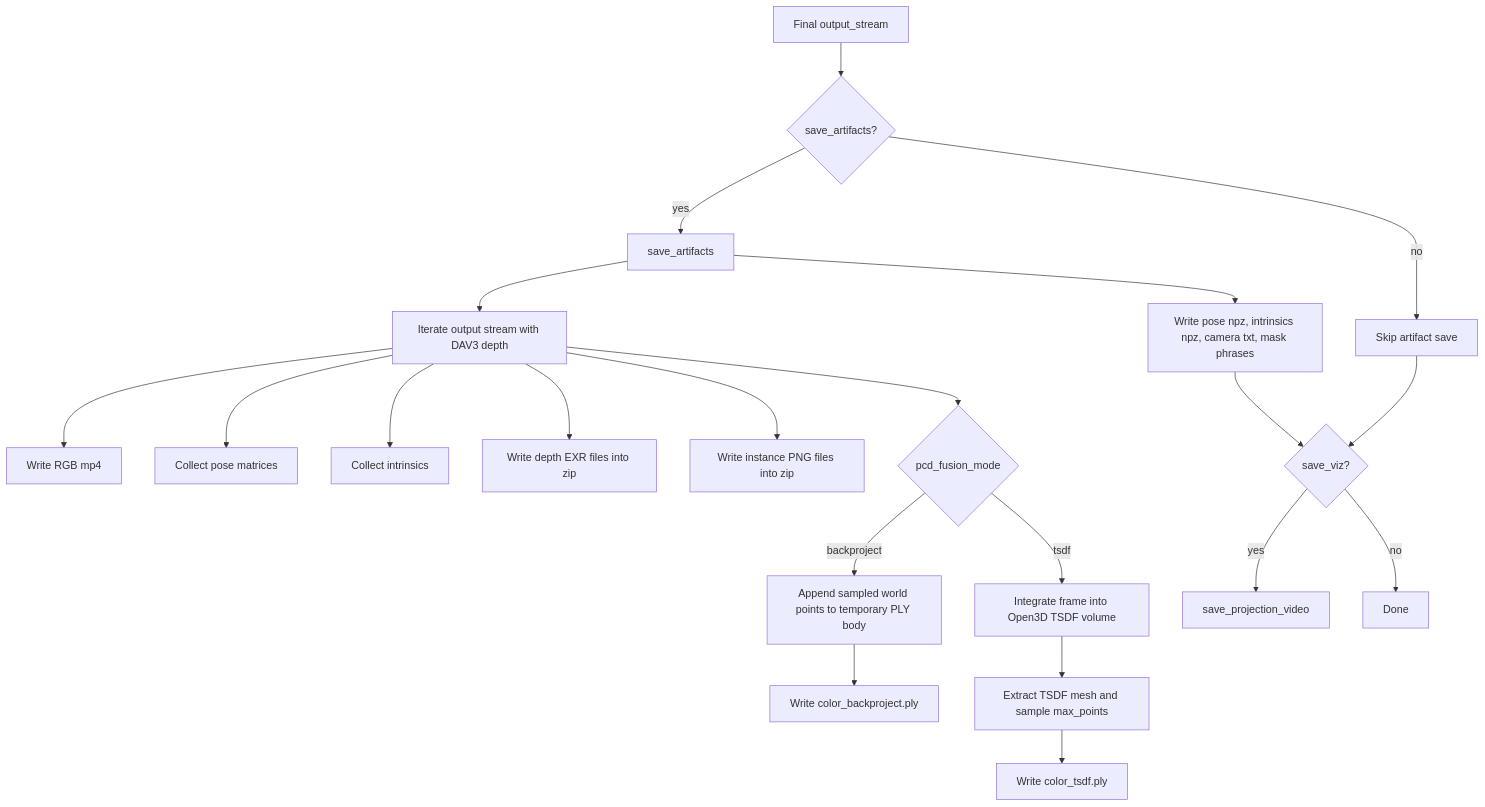
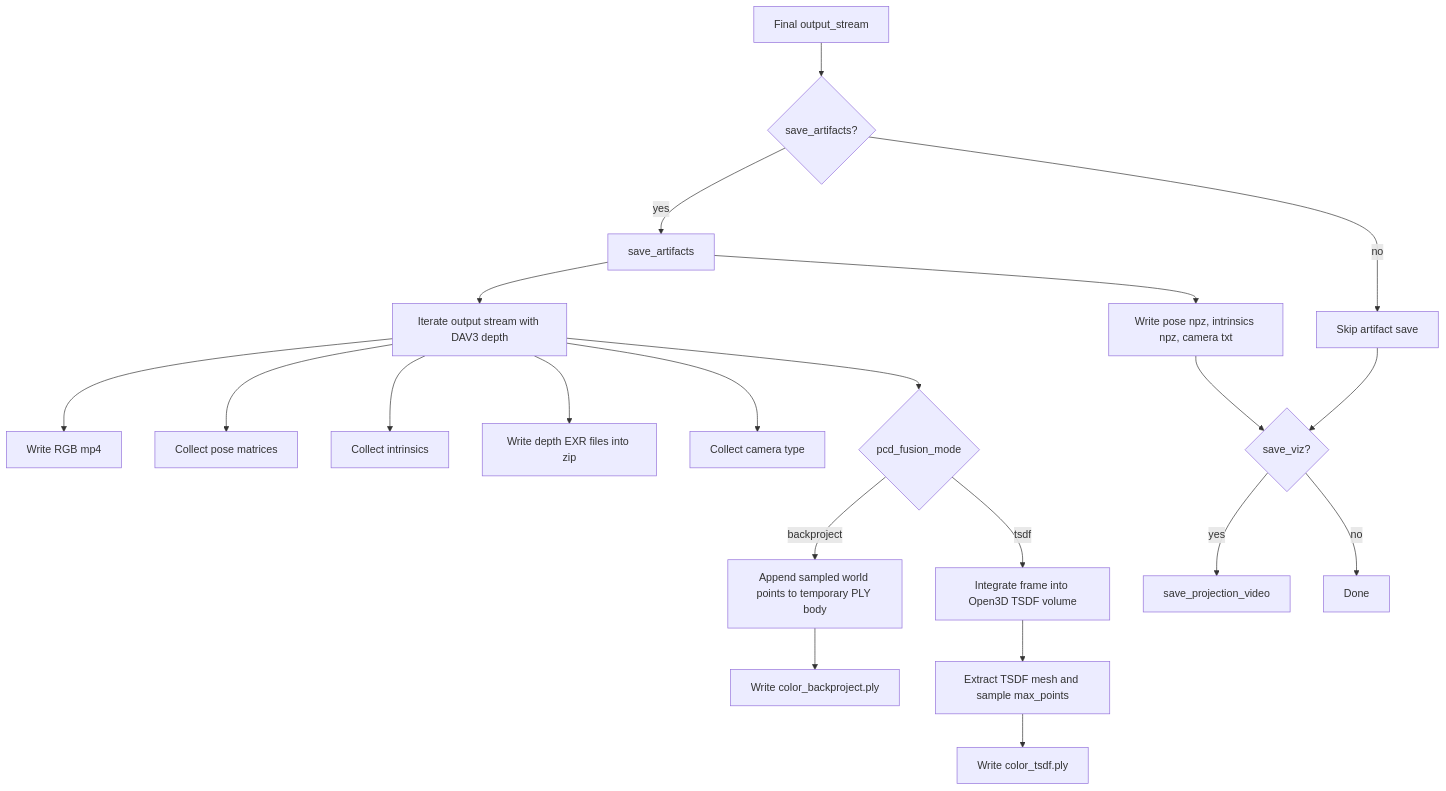
One commit to sadanand1120/vipe changed diagram 12 of 13 in fullexplain.md. Above: the diagram before and after it, drawn with Mermaid. The commit also changed other lines of this file and 85 other files, not shown here.

````diff
--- a/fullexplain.md
+++ b/fullexplain.md
@@ -1887,23 +1919,23 @@
 ```mermaid
 flowchart TD
     A[Final output_stream] --> B{save_artifacts?}
     B -->|yes| C[save_artifacts]
     B -->|no| D[Skip artifact save]
     C --> E[Iterate output stream with DAV3 depth]
     E --> F[Write RGB mp4]
     E --> G[Collect pose matrices]
     E --> H[Collect intrinsics]
     E --> I[Write depth EXR files into zip]
-    E --> J[Write instance PNG files into zip]
+    E --> J[Collect camera type]
     E --> K{pcd_fusion_mode}
     K -->|backproject| L[Append sampled world points to temporary PLY body]
     K -->|tsdf| M[Integrate frame into Open3D TSDF volume]
     L --> N[Write color_backproject.ply]
     M --> O[Extract TSDF mesh and sample max_points]
     O --> P[Write color_tsdf.ply]
-    C --> Q[Write pose npz, intrinsics npz, camera txt, mask phrases]
+    C --> Q[Write pose npz, intrinsics npz, camera txt]
     D --> R{save_viz?}
     Q --> R
     R -->|yes| S[save_projection_video]
     R -->|no| T[Done]
 ```
````
